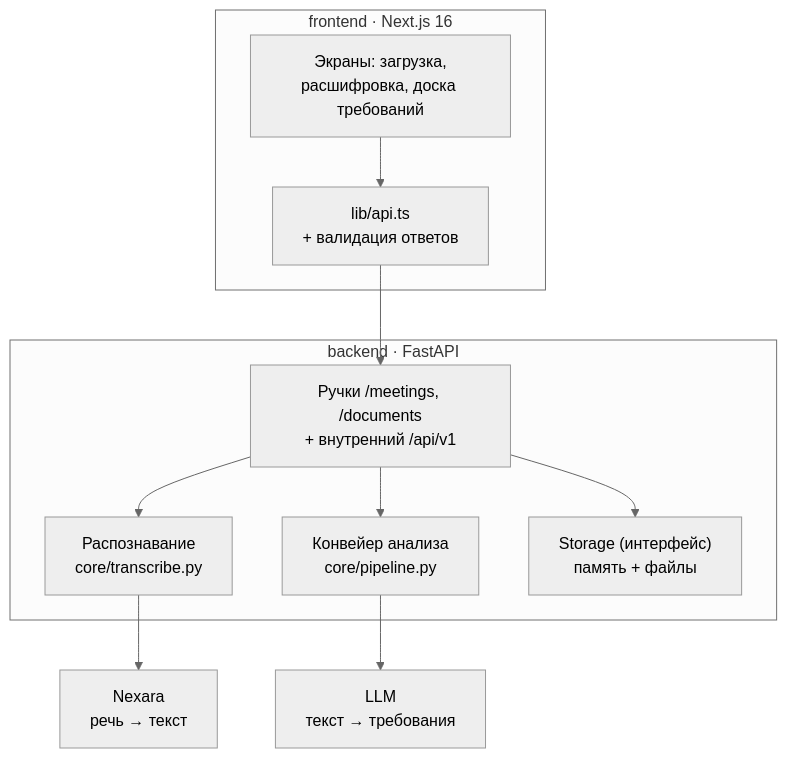
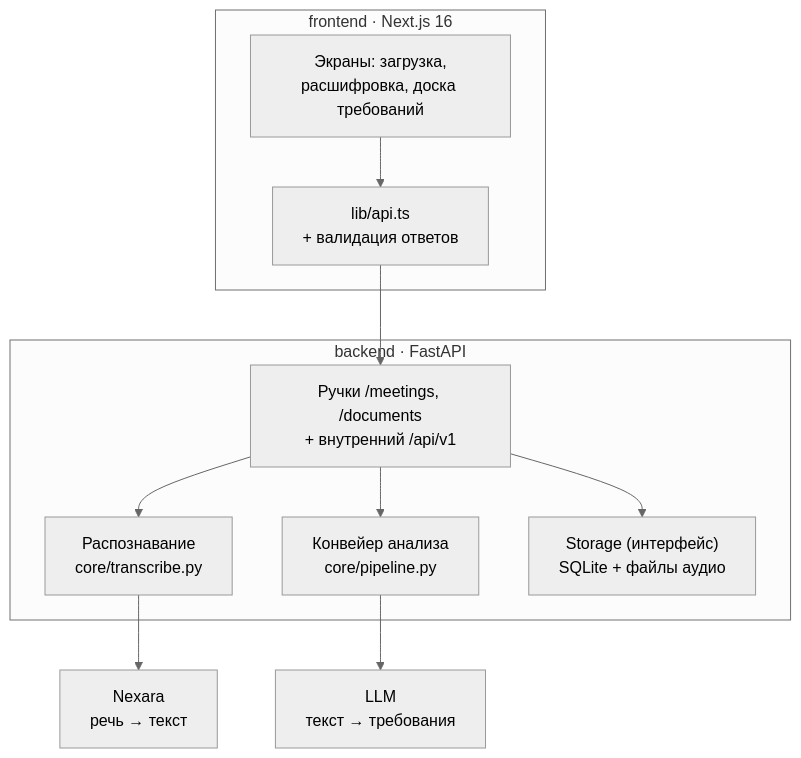
The second of 2 diagrams in README.md (illusion376/RecAstra), drawn with Mermaid (neutral theme) before and after one commit. The commit also changed other lines of this file and 23 other files, not shown here.

````diff
--- a/README.md
+++ b/README.md
@@ -28,20 +28,20 @@
 ```mermaid
 flowchart TB
     subgraph FE["frontend · Next.js 16"]
         UI["Экраны: загрузка,<br/>расшифровка, доска требований"]
         LIB["lib/api.ts<br/>+ валидация ответов"]
     end
     subgraph BE["backend · FastAPI"]
         API["Ручки /meetings, /documents<br/>+ внутренний /api/v1"]
         STT["Распознавание<br/>core/transcribe.py"]
         PIPE["Конвейер анализа<br/>core/pipeline.py"]
-        STORE["Storage (интерфейс)<br/>память + файлы"]
+        STORE["Storage (интерфейс)<br/>SQLite + файлы аудио"]
     end
     EXT1["Nexara<br/>речь → текст"]
     EXT2["LLM<br/>текст → требования"]
 
     UI --> LIB --> API
     API --> STT --> EXT1
     API --> PIPE --> EXT2
     API --> STORE
 ```
````
